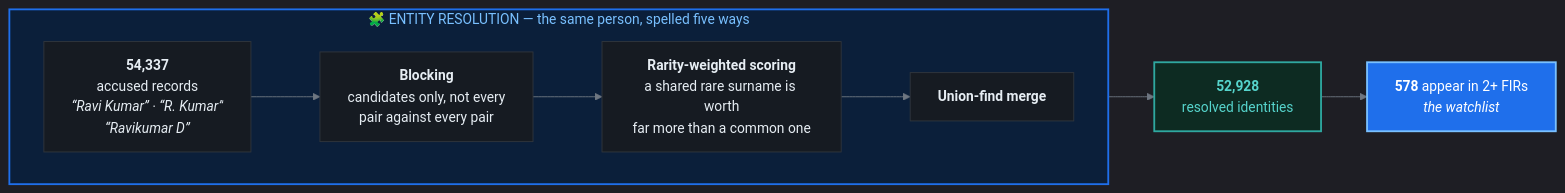
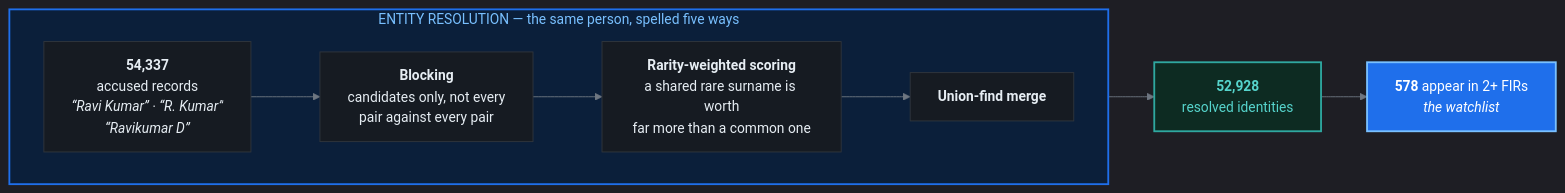
Before and after one commit to adarshcod30/Kadi: the sixth of 6 diagrams in README.md, drawn with Mermaid. The commit also changed other lines of this file, not shown here.

First line of the commit message:
Drop the emoji from the diagrams

````diff
--- a/README.md
+++ b/README.md
@@ -637,23 +637,23 @@
 ```mermaid
 %%{init: {'theme':'dark','themeVariables':{'fontSize':'15px','lineColor':'#6e7681','primaryTextColor':'#e6edf3'}}}%%
 flowchart LR
-    subgraph ER["🧩  ENTITY RESOLUTION — the same person, spelled five ways"]
+    subgraph ER["ENTITY RESOLUTION — the same person, spelled five ways"]
         direction LR
         R1["<b>54,337</b><br/>accused records<br/><i>“Ravi Kumar” · “R. Kumar”<br/>“Ravikumar D”</i>"]
         R2["<b>Blocking</b><br/>candidates only, not every<br/>pair against every pair"]
         R3["<b>Rarity-weighted scoring</b><br/>a shared rare surname is worth<br/>far more than a common one"]
         R4["<b>Union-find merge</b>"]
         R1 --> R2 --> R3 --> R4
     end
     R5["<b>52,928</b><br/>resolved identities"]
     R6["<b>578</b> appear in 2+ FIRs<br/><i>the watchlist</i>"]
     R4 --> R5 --> R6
 
     classDef box  fill:#161b22,stroke:#30363d,stroke-width:1px,color:#e6edf3
     classDef good fill:#0d2b22,stroke:#2FA8A0,stroke-width:2px,color:#56d4cc
     classDef key  fill:#1f6feb,stroke:#79c0ff,stroke-width:2px,color:#ffffff
     class R1,R2,R3,R4 box
     class R5 good
     class R6 key
     style ER fill:#0b1f3a,stroke:#1f6feb,stroke-width:2px,color:#79c0ff
 ```
````
